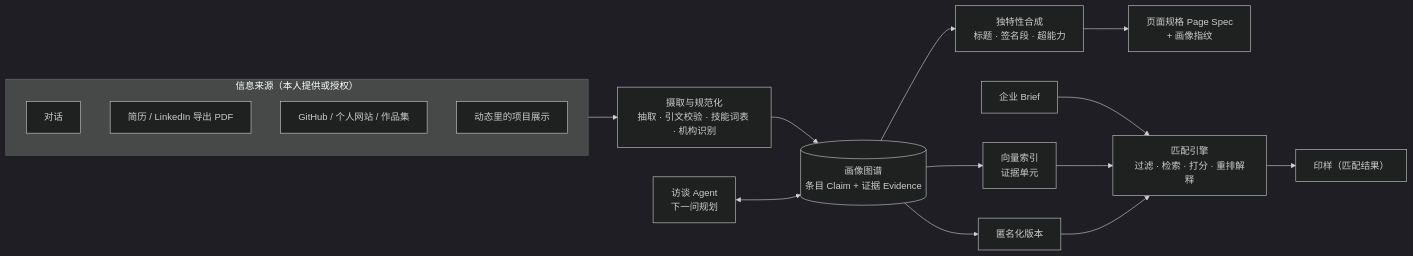
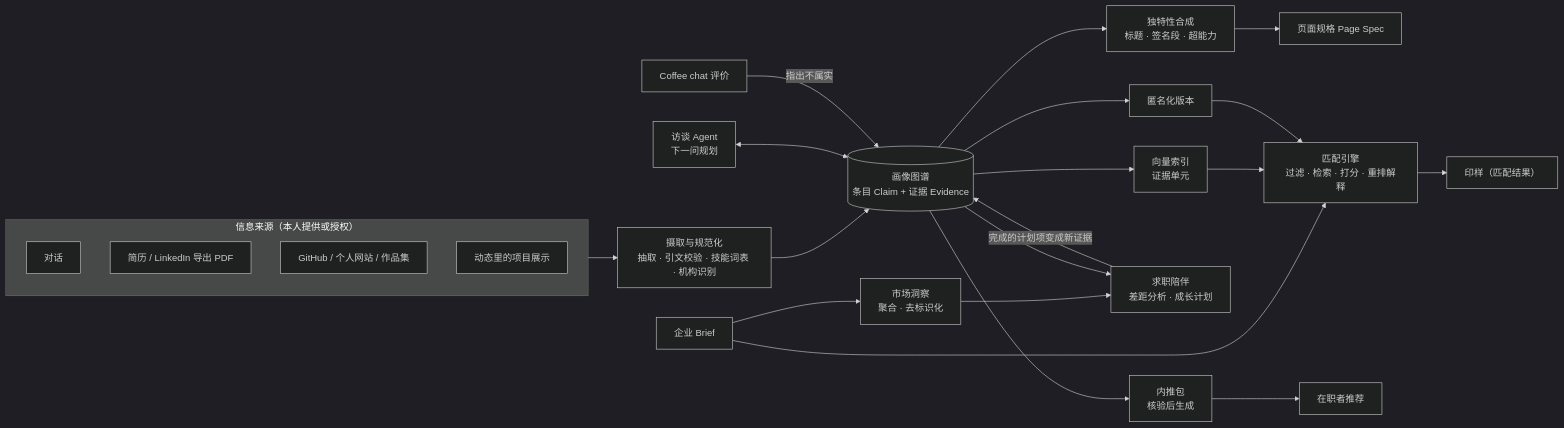
One commit to mikeaccio666-debug/employee-research-agent changed the first of 3 diagrams in docs/agent-design.md. Above: the diagram before and after it, drawn with Mermaid (dark theme). The commit also changed other lines of this file and 4 other files, not shown here.

````diff
--- a/docs/agent-design.md
+++ b/docs/agent-design.md
@@ -15,20 +15,27 @@
 ```mermaid
 flowchart LR
   subgraph S["信息来源（本人提供或授权）"]
     s1["对话"]
     s2["简历 / LinkedIn 导出 PDF"]
     s3["GitHub / 个人网站 / 作品集"]
     s4["动态里的项目展示"]
   end
   S --> I["摄取与规范化<br/>抽取 · 引文校验 · 技能词表 · 机构识别"]
   I --> P[("画像图谱<br/>条目 Claim + 证据 Evidence")]
   A["访谈 Agent<br/>下一问规划"] <--> P
   P --> N["独特性合成<br/>标题 · 签名段 · 超能力"]
-  N --> PS["页面规格 Page Spec<br/>+ 画像指纹"]
+  N --> PS["页面规格 Page Spec"]
   P --> AN["匿名化版本"]
   P --> E["向量索引<br/>证据单元"]
   B["企业 Brief"] --> M["匹配引擎<br/>过滤 · 检索 · 打分 · 重排解释"]
   E --> M
   AN --> M
   M --> CS["印样（匹配结果）"]
+  B --> MI["市场洞察<br/>聚合 · 去标识化"]
+  MI --> G["求职陪伴<br/>差距分析 · 成长计划"]
+  P --> G
+  G -->|"完成的计划项变成新证据"| P
+  P --> RP["内推包<br/>核验后生成"]
+  RP --> RM["在职者推荐"]
+  RV["Coffee chat 评价"] -->|"指出不属实"| P
 ```
````
